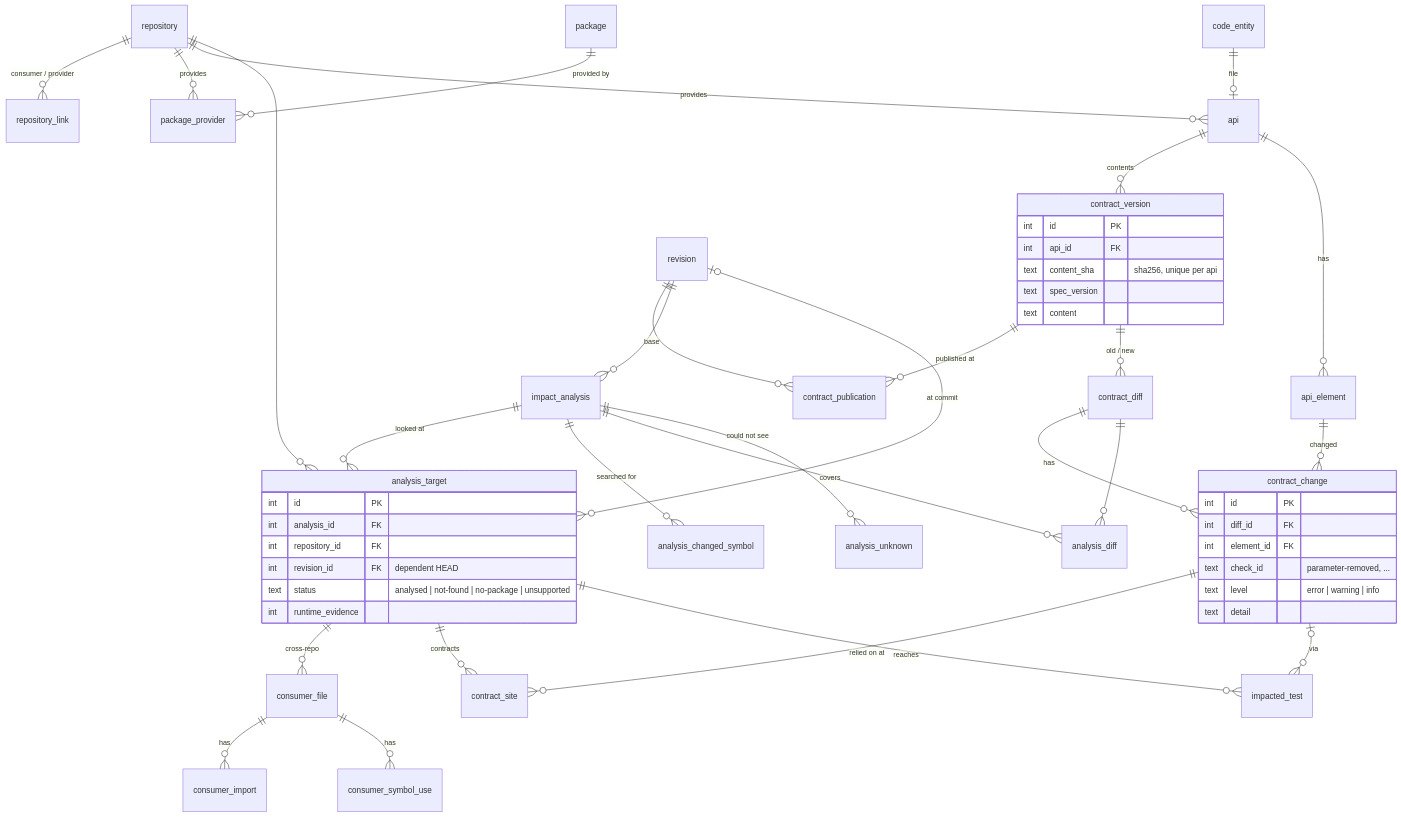
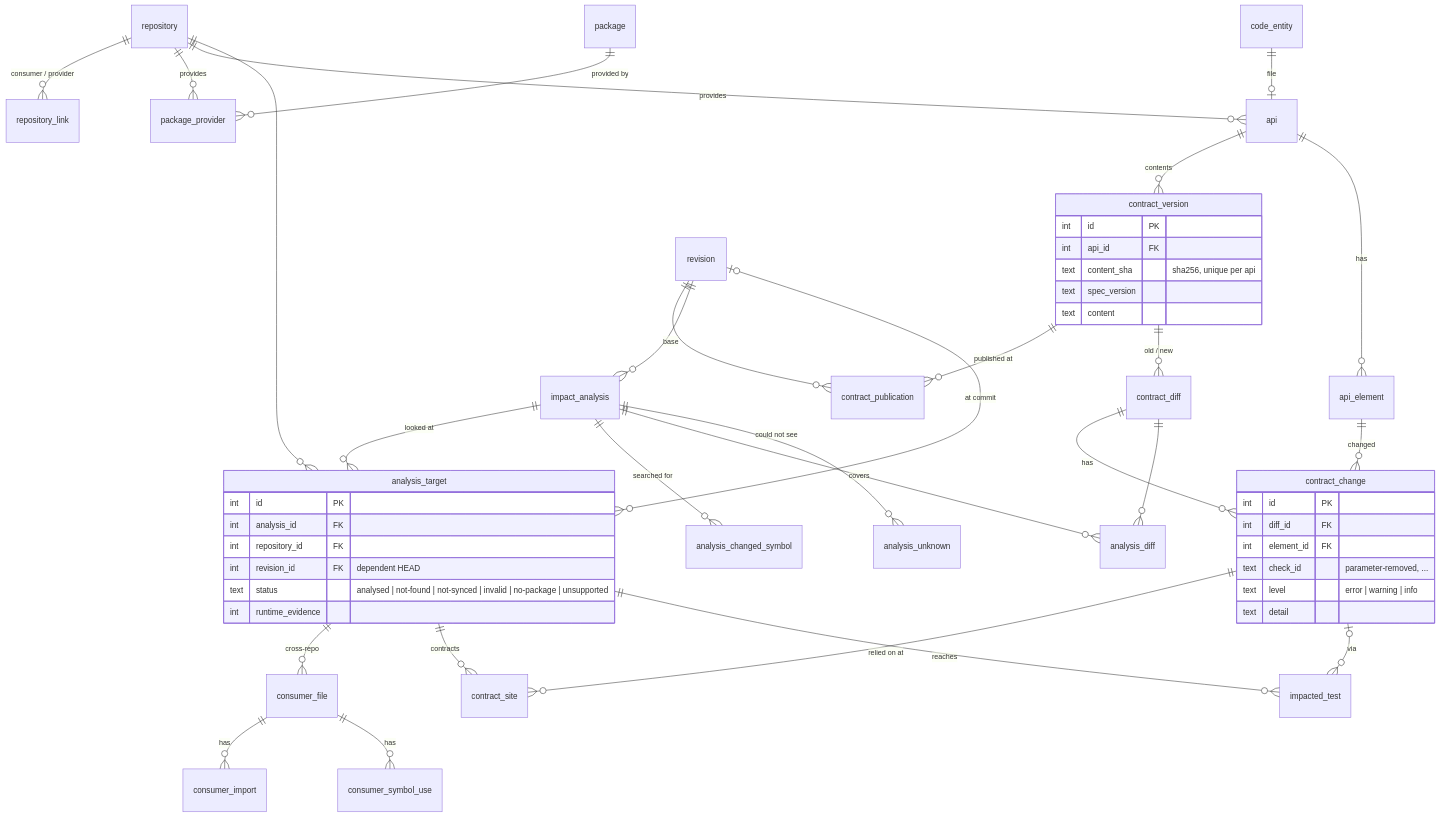
One commit to aaryagodbole/CodeTwin changed the second of 2 diagrams in docs/database.md. Above: the diagram before and after it, drawn with Mermaid. The commit also changed 12 other files, not shown here.

````diff
--- a/docs/database.md
+++ b/docs/database.md
@@ -245,56 +245,56 @@
 ```mermaid
 erDiagram
     repository ||--o{ repository_link : "consumer / provider"
     repository ||--o{ package_provider : provides
     package ||--o{ package_provider : "provided by"
     repository ||--o{ api : provides
     code_entity ||--o| api : "file"
     api ||--o{ contract_version : "contents"
     api ||--o{ api_element : "has"
     contract_version ||--o{ contract_publication : "published at"
     revision ||--o{ contract_publication : ""
     contract_version ||--o{ contract_diff : "old / new"
     contract_diff ||--o{ contract_change : has
     api_element ||--o{ contract_change : "changed"
 
     revision ||--o{ impact_analysis : "base"
     impact_analysis ||--o{ analysis_target : "looked at"
     repository ||--o{ analysis_target : ""
     revision |o--o{ analysis_target : "at commit"
     impact_analysis ||--o{ analysis_changed_symbol : "searched for"
     impact_analysis ||--o{ analysis_diff : "covers"
     contract_diff ||--o{ analysis_diff : ""
     impact_analysis ||--o{ analysis_unknown : "could not see"
 
     analysis_target ||--o{ consumer_file : "cross-repo"
     consumer_file ||--o{ consumer_import : has
     consumer_file ||--o{ consumer_symbol_use : has
     analysis_target ||--o{ contract_site : "contracts"
     contract_change ||--o{ contract_site : "relied on at"
     analysis_target ||--o{ impacted_test : reaches
     contract_change |o--o{ impacted_test : "via"
 
     contract_version {
         int id PK
         int api_id FK
         text content_sha "sha256, unique per api"
         text spec_version
         text content
     }
     contract_change {
         int id PK
         int diff_id FK
         int element_id FK
         text check_id "parameter-removed, ..."
         text level "error | warning | info"
         text detail
     }
     analysis_target {
         int id PK
         int analysis_id FK
         int repository_id FK
         int revision_id FK "dependent HEAD"
-        text status "analysed | not-found | no-package | unsupported"
+        text status "analysed | not-found | not-synced | invalid | no-package | unsupported"
         int runtime_evidence
     }
 ```
````
